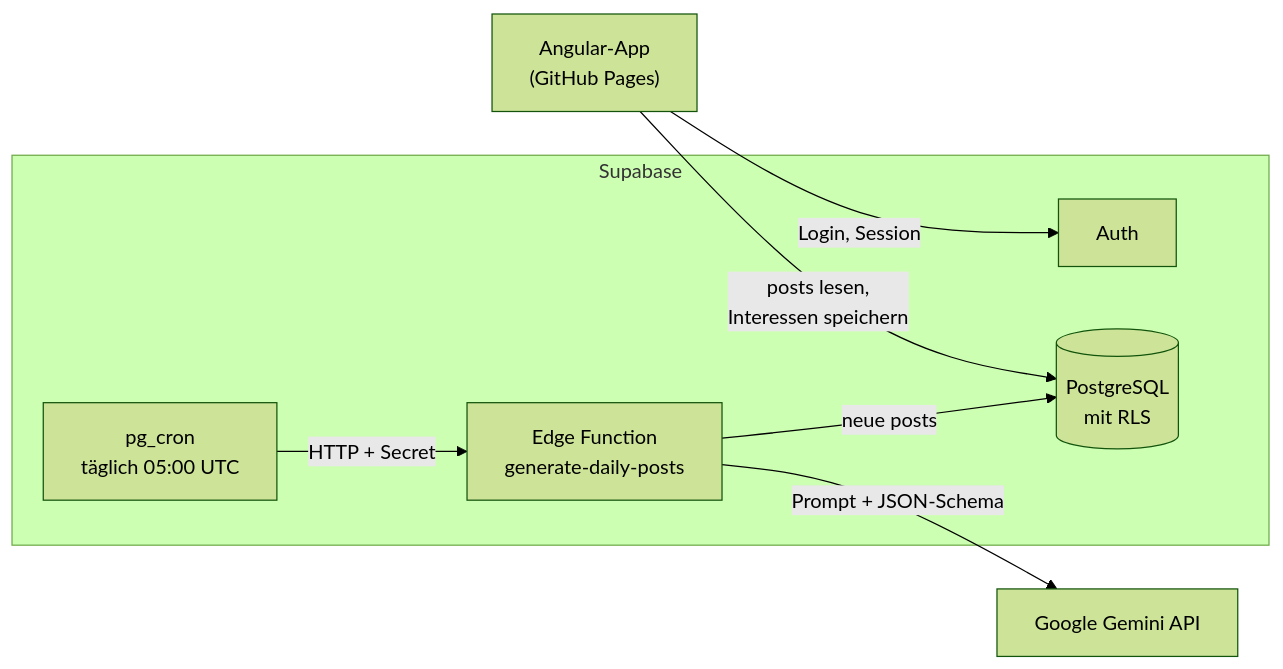
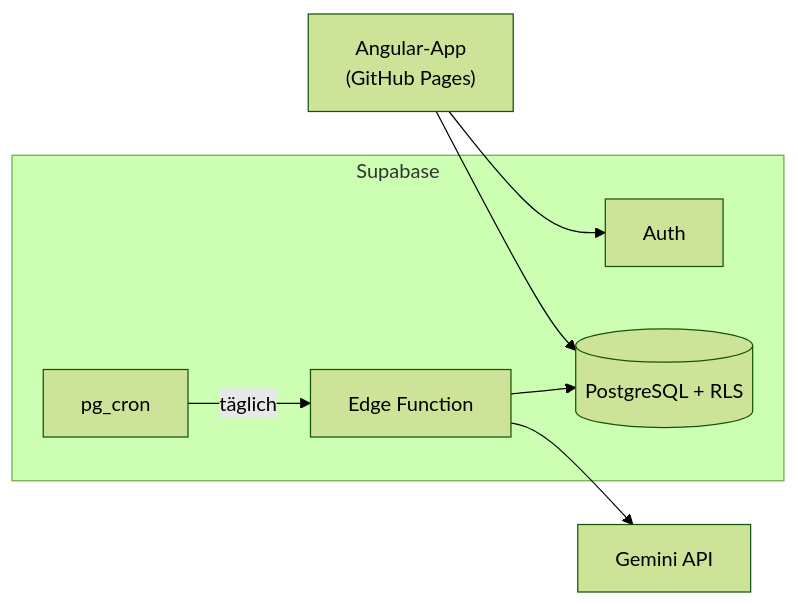
One commit to ilahimohamed7-ui/curio-frontend changed the diagram in docs/architecture.md. Above: the diagram before and after it, drawn with Mermaid (forest theme). The commit also changed other lines of this file and 7 other files, not shown here.

````diff
--- a/docs/architecture.md
+++ b/docs/architecture.md
@@ -23,19 +11,17 @@
 ```mermaid
 flowchart LR
-    Browser["Angular-App<br/>(GitHub Pages)"]
-
+    App["Angular-App<br/>(GitHub Pages)"]
     subgraph Supabase
         Auth["Auth"]
-        DB[("PostgreSQL<br/>mit RLS")]
-        Fn["Edge Function<br/>generate-daily-posts"]
-        Cron["pg_cron<br/>täglich 05:00 UTC"]
+        DB[("PostgreSQL + RLS")]
+        Fn["Edge Function"]
+        Cron["pg_cron"]
     end
+    Gemini["Gemini API"]
 
-    Gemini["Google Gemini API"]
-
-    Browser -- "Login, Session" --> Auth
-    Browser -- "posts lesen,<br/>Interessen speichern" --> DB
-    Cron -- "HTTP + Secret" --> Fn
-    Fn -- "Prompt + JSON-Schema" --> Gemini
-    Fn -- "neue posts" --> DB
+    App --> Auth
+    App --> DB
+    Cron -->|täglich| Fn
+    Fn --> Gemini
+    Fn --> DB
 ```
````
